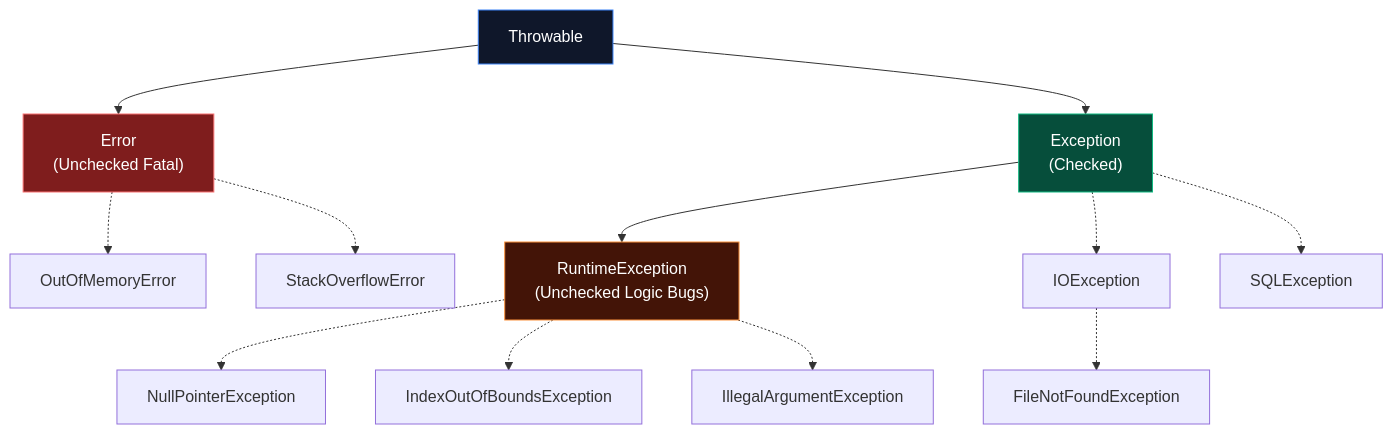
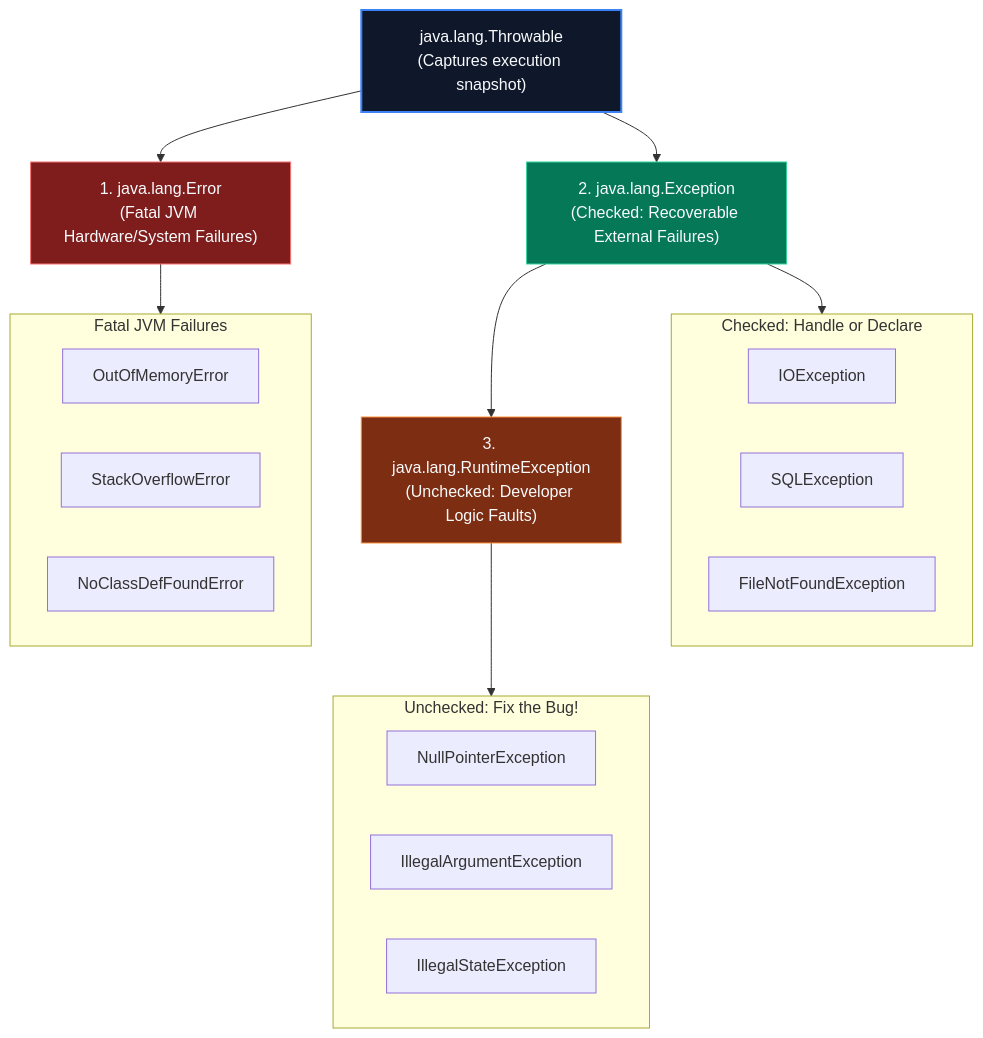
Before and after one commit to ravishankar2463/java_hub: the diagram in content/roadmap/level-2/exception-handling.md, drawn with Mermaid. The commit also changed other lines of this file, not shown here.

Commit message:
docs(level-2): rewrite exception handling with human-first voice

````diff
--- a/content/roadmap/level-2/exception-handling.md
+++ b/content/roadmap/level-2/exception-handling.md
@@ -17,43 +24,39 @@
 ```mermaid
 flowchart TD
-    %% Root
-    T["Throwable"]
+    T["java.lang.Throwable<br/>(Captures execution snapshot)"]
 
-    %% Primary Branches
-    E["Error\n(Unchecked Fatal)"]
-    Ex["Exception\n(Checked)"]
-    RE["RuntimeException\n(Unchecked Logic Bugs)"]
+    E["1. java.lang.Error<br/>(Fatal JVM Hardware/System Failures)"]
+    Ex["2. java.lang.Exception<br/>(Checked: Recoverable External Failures)"]
+    RE["3. java.lang.RuntimeException<br/>(Unchecked: Developer Logic Faults)"]
 
-    %% Hierarchy Links
     T --> E
     T --> Ex
     Ex --> RE
 
-    %% Error Children
-    OOM["OutOfMemoryError"]
-    SOE["StackOverflowError"]
-    E -.-> OOM
-    E -.-> SOE
+    subgraph ErrorExamples ["Fatal JVM Failures"]
+        OOM["OutOfMemoryError"]
+        SOE["StackOverflowError"]
+        NCD["NoClassDefFoundError"]
+    end
 
-    %% Exception Children
-    IO["IOException"]
-    SQL["SQLException"]
-    FNF["FileNotFoundException"]
-    Ex -.-> IO
-    Ex -.-> SQL
-    IO -.-> FNF
+    subgraph CheckedExamples ["Checked: Handle or Declare"]
+        IO["IOException"]
+        SQL["SQLException"]
+        FNF["FileNotFoundException"]
+    end
 
-    %% RuntimeException Children
-    NPE["NullPointerException"]
-    IOOB["IndexOutOfBoundsException"]
-    IAE["IllegalArgumentException"]
-    RE -.-> NPE
-    RE -.-> IOOB
-    RE -.-> IAE
-    
-    %% Styling
-    style T fill:#0f172a,stroke:#3b82f6,color:#fff
-    style E fill:#7f1d1d,stroke:#f87171,color:#fff
-    style Ex fill:#064e3b,stroke:#10b981,color:#fff
-    style RE fill:#431407,stroke:#fb923c,color:#fff
+    subgraph UncheckedExamples ["Unchecked: Fix the Bug!"]
+        NPE["NullPointerException"]
+        IAE["IllegalArgumentException"]
+        ISE["IllegalStateException"]
+    end
+
+    E --> ErrorExamples
+    Ex --> CheckedExamples
+    RE --> UncheckedExamples
+
+    style T fill:#0f172a,stroke:#3b82f6,stroke-width:2px,color:#f8fafc
+    style E fill:#7f1d1d,stroke:#f87171,color:#f8fafc
+    style Ex fill:#047857,stroke:#34d399,color:#f8fafc
+    style RE fill:#7c2d12,stroke:#fb923c,color:#f8fafc
 ```
````
